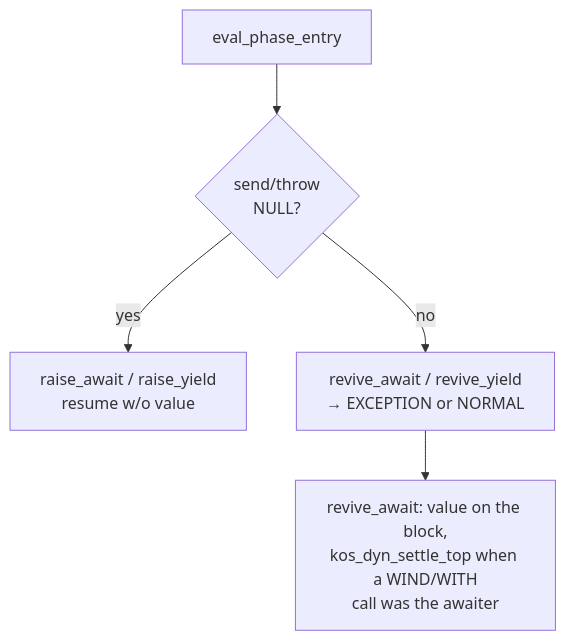
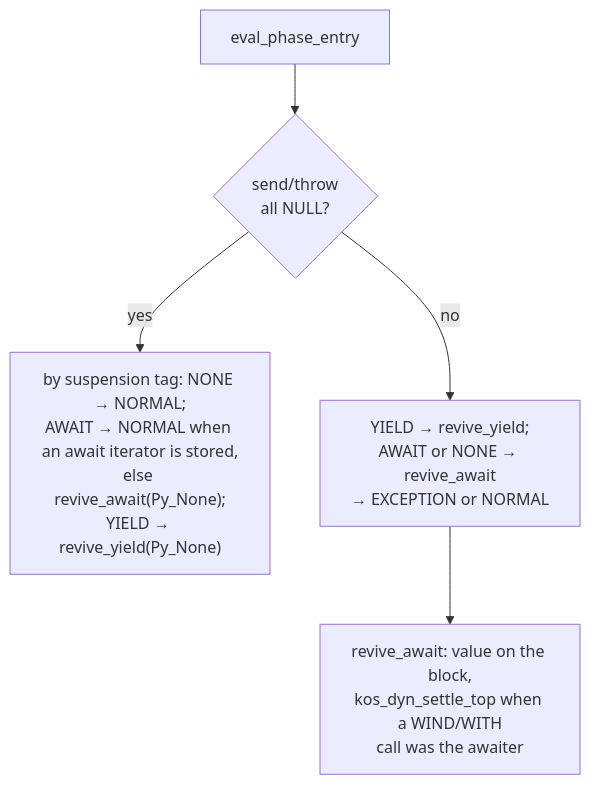
Before and after one commit to koskari-lang/koskari: the third of 12 diagrams in design/EVALUATOR.md, drawn with Mermaid. The commit also changed other lines of this file and 16 other files, not shown here.

````diff
--- a/design/EVALUATOR.md
+++ b/design/EVALUATOR.md
@@ -253,13 +251,13 @@
 ```mermaid
 flowchart TD
     entry["eval_phase_entry"]
-    send_check{"send/throw<br/>NULL?"}
-    raise_xyz["raise_await / raise_yield<br/>resume w/o value"]
-    revive_xyz["revive_await / revive_yield<br/>→ EXCEPTION or NORMAL"]
+    send_check{"send/throw<br/>all NULL?"}
+    raise_xyz["by suspension tag: NONE → NORMAL;<br/>AWAIT → NORMAL when an await iterator is stored,<br/>else revive_await(Py_None);<br/>YIELD → revive_yield(Py_None)"]
+    revive_xyz["YIELD → revive_yield;<br/>AWAIT or NONE → revive_await<br/>→ EXCEPTION or NORMAL"]
     settle["revive_await: value on the block,<br/>kos_dyn_settle_top when a WIND/WITH<br/>call was the awaiter"]
 
     entry --> send_check
     send_check -->|yes| raise_xyz
     send_check -->|no| revive_xyz
     revive_xyz --> settle
 ```
````
